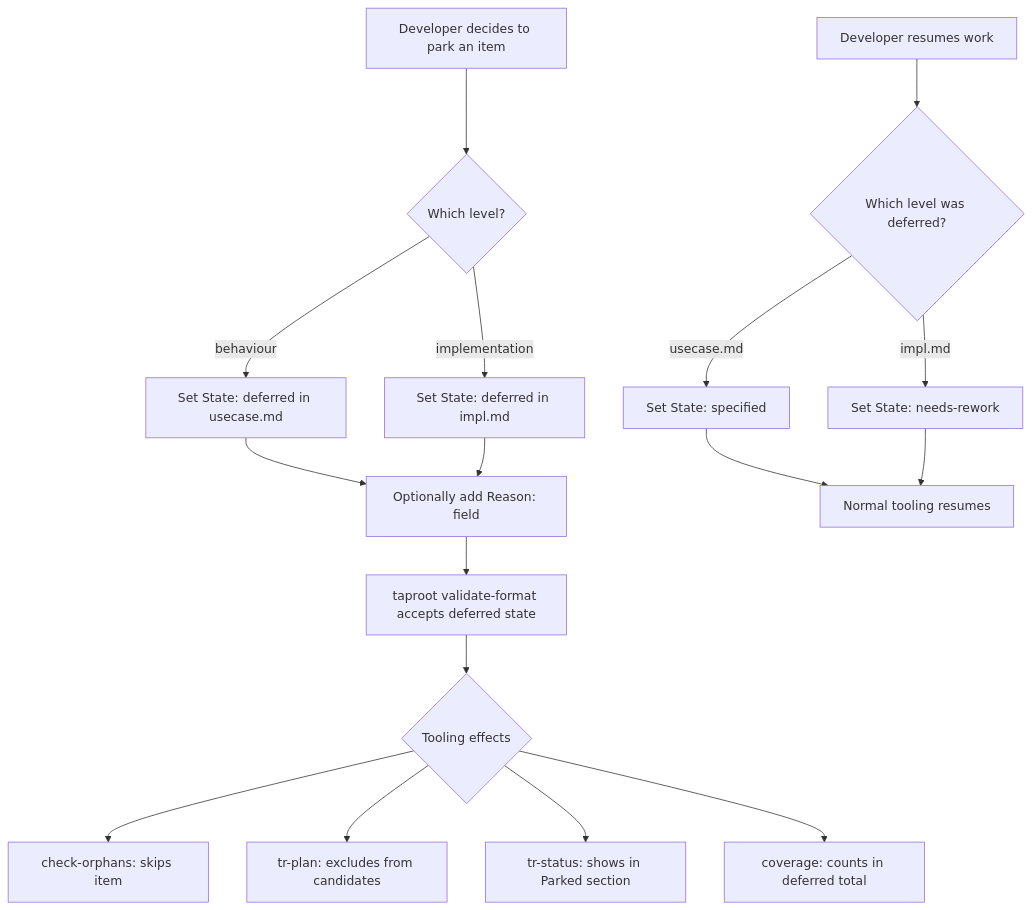
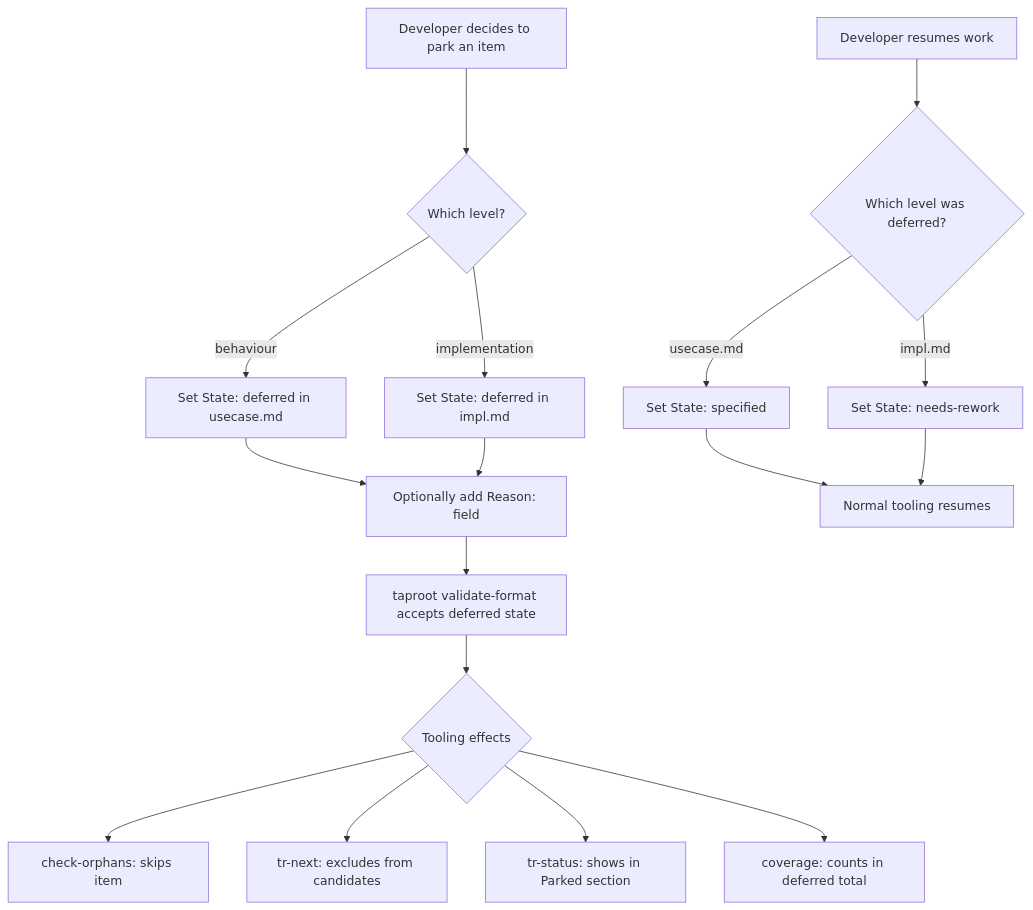
The diagram in taproot/specs/requirements-hierarchy/park-hierarchy-item/usecase.md (imix/taproot), drawn with Mermaid before and after one commit. The commit also changed other lines of this file and 16 other files, not shown here.

Commit message:
refactor: update spec cross-references for tr-plan/tr-next rename

````diff
--- a/taproot/specs/requirements-hierarchy/park-hierarchy-item/usecase.md
+++ b/taproot/specs/requirements-hierarchy/park-hierarchy-item/usecase.md
@@ -46,20 +46,20 @@
 ```mermaid
 flowchart TD
     A[Developer decides to park an item] --> B{Which level?}
     B -->|behaviour| C[Set State: deferred in usecase.md]
     B -->|implementation| D[Set State: deferred in impl.md]
     C --> E[Optionally add Reason: field]
     D --> E
     E --> F[taproot validate-format accepts deferred state]
     F --> G{Tooling effects}
     G --> H[check-orphans: skips item]
-    G --> I[tr-plan: excludes from candidates]
+    G --> I[tr-next: excludes from candidates]
     G --> J[tr-status: shows in Parked section]
     G --> K[coverage: counts in deferred total]
 
     L[Developer resumes work] --> M{Which level was deferred?}
     M -->|usecase.md| N[Set State: specified]
     M -->|impl.md| O[Set State: needs-rework]
     N --> P[Normal tooling resumes]
     O --> P
 ```
````
